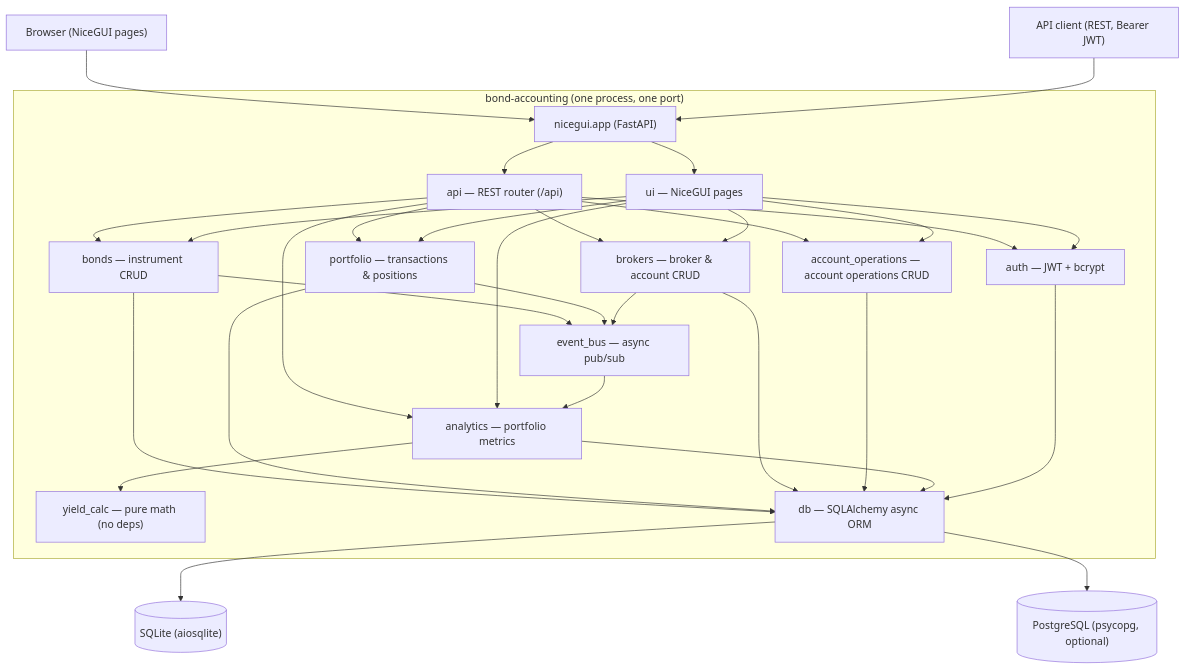
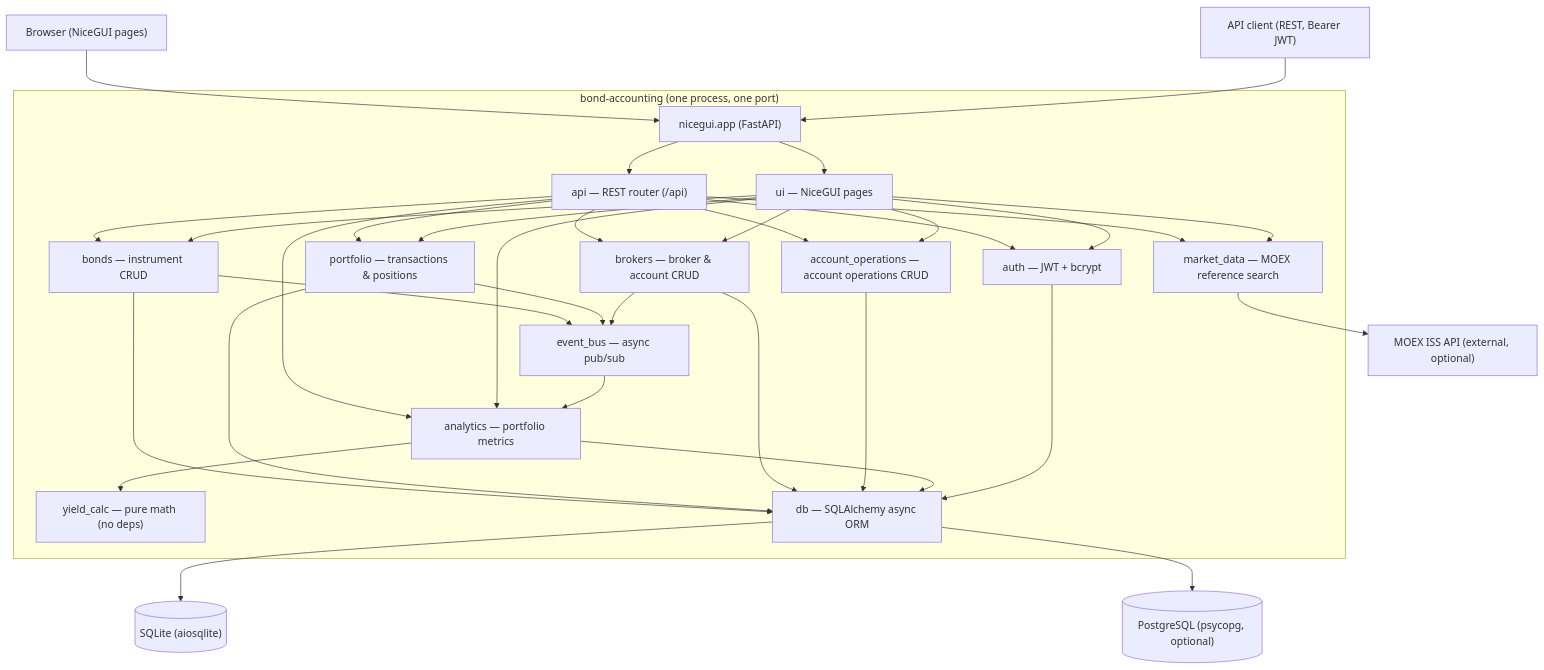
The first of 2 diagrams in ARCHITECTURE.md (muxa-xoma/stocktaking), drawn with Mermaid before and after one commit. The commit also changed other lines of this file and 51 other files, not shown here.

First line of the commit message:
Add MOEX bond reference integration

````diff
--- a/ARCHITECTURE.md
+++ b/ARCHITECTURE.md
@@ -36,53 +43,58 @@
 ```mermaid
 graph TD
     Browser["Browser (NiceGUI pages)"]
     Client["API client (REST, Bearer JWT)"]
 
     subgraph Single service["bond-accounting (one process, one port)"]
         App["nicegui.app (FastAPI)"]
         API["api — REST router (/api)"]
         UI["ui — NiceGUI pages"]
         Auth["auth — JWT + bcrypt"]
         Bonds["bonds — instrument CRUD"]
         Portfolio["portfolio — transactions & positions"]
         Brokers["brokers — broker & account CRUD"]
         AcctOps["account_operations — account operations CRUD"]
         Analytics["analytics — portfolio metrics"]
         YieldCalc["yield_calc — pure math (no deps)"]
+        MarketData["market_data — MOEX reference search"]
         Bus["event_bus — async pub/sub"]
         DB["db — SQLAlchemy async ORM"]
     end
 
     SQLite[("SQLite (aiosqlite)")]
     Postgres[("PostgreSQL (psycopg, optional)")]
+    MoexIss["MOEX ISS API (external, optional)"]
 
     Browser --> App
     Client --> App
     App --> UI
     App --> API
     API --> Auth
     API --> Bonds
     API --> Portfolio
     API --> Brokers
     API --> AcctOps
     API --> Analytics
+    API --> MarketData
+    UI --> MarketData
+    MarketData --> MoexIss
     UI --> Auth
     UI --> Bonds
     UI --> Portfolio
     UI --> Brokers
     UI --> AcctOps
     UI --> Analytics
     Analytics --> YieldCalc
     Bonds --> Bus
     Portfolio --> Bus
     Brokers --> Bus
     Bus --> Analytics
     Bonds --> DB
     Portfolio --> DB
     Brokers --> DB
     AcctOps --> DB
     Analytics --> DB
     Auth --> DB
     DB --> SQLite
     DB --> Postgres
 ```
````
